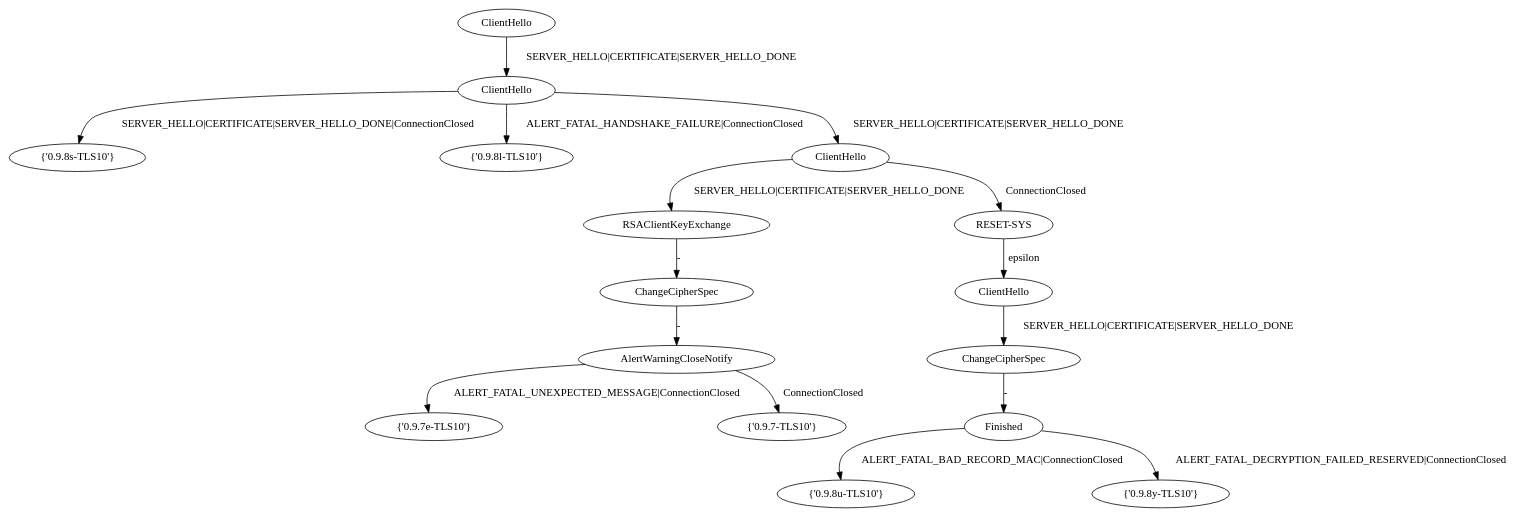
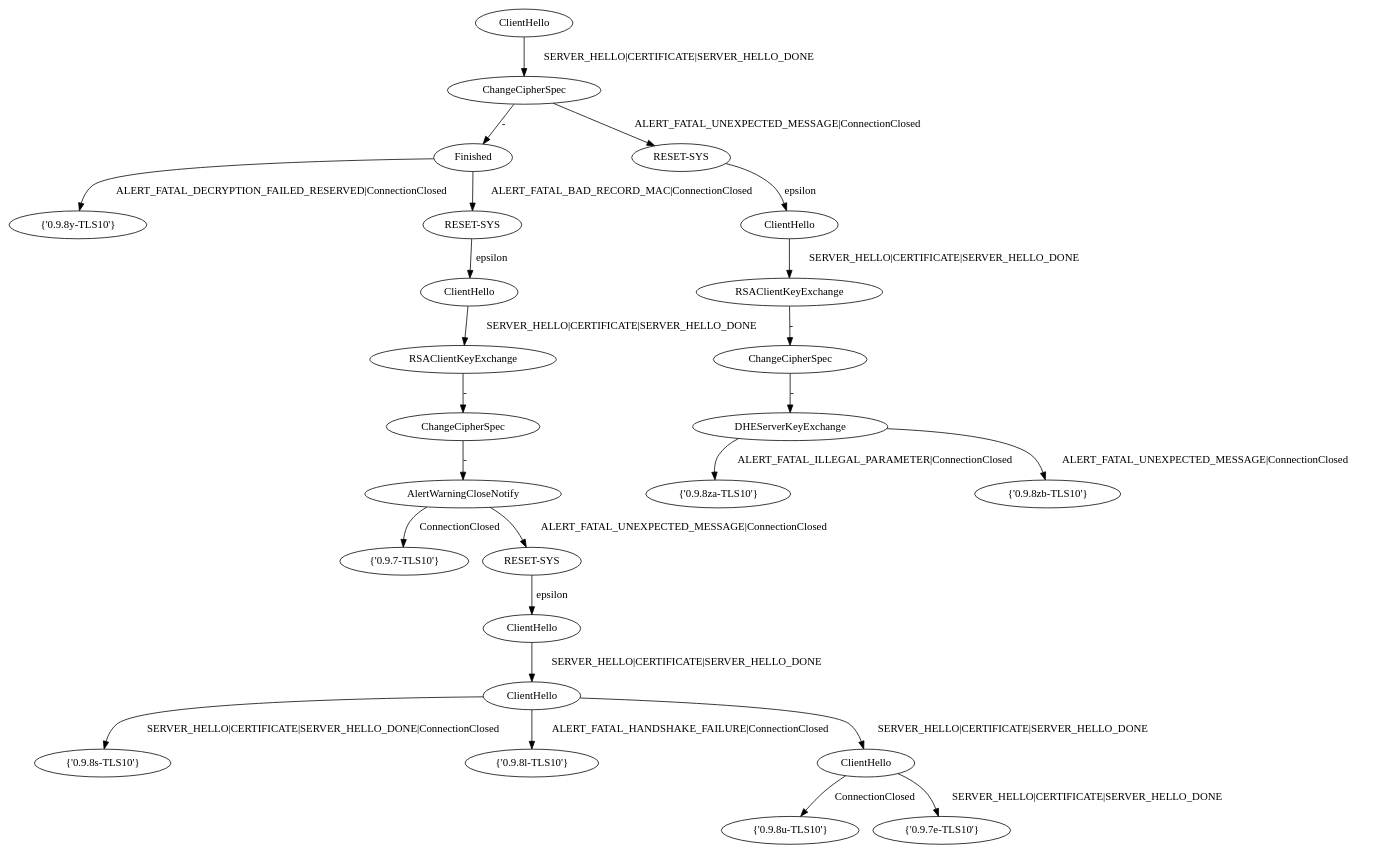
One commit to GianniM123/FFSM_fingerprint changed the diagram in family-fingerprinter/CDS.dot. Above: the diagram before and after it, drawn with Graphviz. The commit also changed 3 other files, not shown here.

```diff
--- a/family-fingerprinter/CDS.dot
+++ b/family-fingerprinter/CDS.dot
@@ -1,49 +1,76 @@
 digraph "" {
 	node [label="\N"];
 	a0	[label=ClientHello];
-	a1	[label=ClientHello];
+	a1	[label=ChangeCipherSpec];
 	a0 -> a1	[key=0,
 		label="SERVER_HELLO|CERTIFICATE|SERVER_HELLO_DONE"];
-	a2	[label="{'0.9.8s-TLS10'}"];
-	a1 -> a2	[key=0,
-		label="SERVER_HELLO|CERTIFICATE|SERVER_HELLO_DONE|ConnectionClosed"];
-	a3	[label="{'0.9.8l-TLS10'}"];
-	a1 -> a3	[key=0,
-		label="ALERT_FATAL_HANDSHAKE_FAILURE|ConnectionClosed"];
-	a11	[label=ClientHello];
-	a1 -> a11	[key=0,
+	a4	[label=Finished];
+	a1 -> a4	[key=0,
+		label="-"];
+	a59	[label="RESET-SYS"];
+	a1 -> a59	[key=0,
+		label="ALERT_FATAL_UNEXPECTED_MESSAGE|ConnectionClosed"];
+	a5	[label="{'0.9.8y-TLS10'}"];
+	a4 -> a5	[key=0,
+		label="ALERT_FATAL_DECRYPTION_FAILED_RESERVED|ConnectionClosed"];
+	a73	[label="RESET-SYS"];
+	a4 -> a73	[key=0,
+		label="ALERT_FATAL_BAD_RECORD_MAC|ConnectionClosed"];
+	a60	[label=ClientHello];
+	a59 -> a60	[key=0,
+		label=epsilon];
+	a61	[label=RSAClientKeyExchange];
+	a60 -> a61	[key=0,
 		label="SERVER_HELLO|CERTIFICATE|SERVER_HELLO_DONE"];
-	a48	[label=RSAClientKeyExchange];
-	a11 -> a48	[key=0,
-		label="SERVER_HELLO|CERTIFICATE|SERVER_HELLO_DONE"];
-	a73	[label="RESET-SYS"];
-	a11 -> a73	[key=0,
-		label=ConnectionClosed];
-	a49	[label=ChangeCipherSpec];
-	a48 -> a49	[key=0,
+	a65	[label=ChangeCipherSpec];
+	a61 -> a65	[key=0,
 		label="-"];
-	a50	[label=AlertWarningCloseNotify];
-	a49 -> a50	[key=0,
+	a111	[label=DHEServerKeyExchange];
+	a65 -> a111	[key=0,
 		label="-"];
-	a51	[label="{'0.9.7e-TLS10'}"];
-	a50 -> a51	[key=0,
-		label="ALERT_FATAL_UNEXPECTED_MESSAGE|ConnectionClosed"];
-	a52	[label="{'0.9.7-TLS10'}"];
-	a50 -> a52	[key=0,
-		label=ConnectionClosed];
 	a74	[label=ClientHello];
 	a73 -> a74	[key=0,
 		label=epsilon];
-	a75	[label=ChangeCipherSpec];
+	a75	[label=RSAClientKeyExchange];
 	a74 -> a75	[key=0,
 		label="SERVER_HELLO|CERTIFICATE|SERVER_HELLO_DONE"];
-	a76	[label=Finished];
-	a75 -> a76	[key=0,
+	a164	[label=ChangeCipherSpec];
+	a75 -> a164	[key=0,
 		label="-"];
-	a77	[label="{'0.9.8u-TLS10'}"];
-	a76 -> a77	[key=0,
-		label="ALERT_FATAL_BAD_RECORD_MAC|ConnectionClosed"];
-	a78	[label="{'0.9.8y-TLS10'}"];
-	a76 -> a78	[key=0,
-		label="ALERT_FATAL_DECRYPTION_FAILED_RESERVED|ConnectionClosed"];
+	a112	[label="{'0.9.8za-TLS10'}"];
+	a111 -> a112	[key=0,
+		label="ALERT_FATAL_ILLEGAL_PARAMETER|ConnectionClosed"];
+	a113	[label="{'0.9.8zb-TLS10'}"];
+	a111 -> a113	[key=0,
+		label="ALERT_FATAL_UNEXPECTED_MESSAGE|ConnectionClosed"];
+	a165	[label=AlertWarningCloseNotify];
+	a164 -> a165	[key=0,
+		label="-"];
+	a166	[label="{'0.9.7-TLS10'}"];
+	a165 -> a166	[key=0,
+		label=ConnectionClosed];
+	a333	[label="RESET-SYS"];
+	a165 -> a333	[key=0,
+		label="ALERT_FATAL_UNEXPECTED_MESSAGE|ConnectionClosed"];
+	a334	[label=ClientHello];
+	a333 -> a334	[key=0,
+		label=epsilon];
+	a335	[label=ClientHello];
+	a334 -> a335	[key=0,
+		label="SERVER_HELLO|CERTIFICATE|SERVER_HELLO_DONE"];
+	a336	[label="{'0.9.8s-TLS10'}"];
+	a335 -> a336	[key=0,
+		label="SERVER_HELLO|CERTIFICATE|SERVER_HELLO_DONE|ConnectionClosed"];
+	a337	[label="{'0.9.8l-TLS10'}"];
+	a335 -> a337	[key=0,
+		label="ALERT_FATAL_HANDSHAKE_FAILURE|ConnectionClosed"];
+	a374	[label=ClientHello];
+	a335 -> a374	[key=0,
+		label="SERVER_HELLO|CERTIFICATE|SERVER_HELLO_DONE"];
+	a375	[label="{'0.9.8u-TLS10'}"];
+	a374 -> a375	[key=0,
+		label=ConnectionClosed];
+	a376	[label="{'0.9.7e-TLS10'}"];
+	a374 -> a376	[key=0,
+		label="SERVER_HELLO|CERTIFICATE|SERVER_HELLO_DONE"];
 }
```
